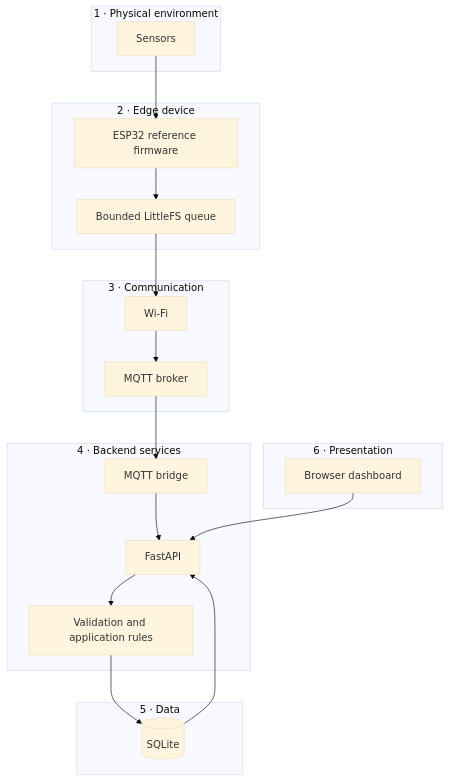
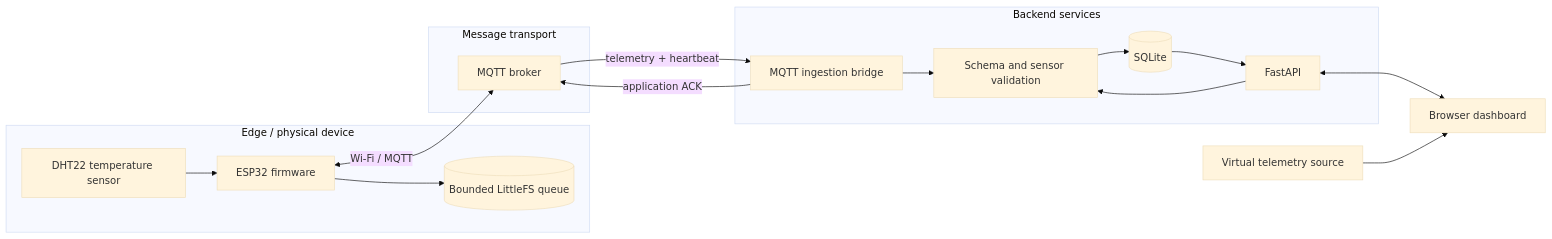
One commit to chamanvashishth/MW-SENSE changed the diagram in README.md. Above: the diagram before and after it, drawn with Mermaid (base theme). The commit also changed other lines of this file, not shown here.

````diff
--- a/README.md
+++ b/README.md
@@ -101,34 +25,31 @@
 ```mermaid
-flowchart TB
-  subgraph Field["1 · Physical environment"]
-    S["Sensors"]
-  end
-  subgraph Edge["2 · Edge device"]
-    E["ESP32 reference firmware"]
-    Q["Bounded LittleFS queue"]
-    E --> Q
-  end
-  subgraph Transport["3 · Communication"]
-    W["Wi-Fi"]
-    M["MQTT broker"]
-    W --> M
-  end
-  subgraph Services["4 · Backend services"]
-    B["MQTT bridge"]
-    A["FastAPI"]
-    V["Validation and application rules"]
-    B --> A --> V
-  end
-  subgraph Persistence["5 · Data"]
-    DB[("SQLite")]
-    V --> DB
-  end
-  subgraph Client["6 · Presentation"]
-    UI["Browser dashboard"]
-    UI --> A
-    DB --> A
-  end
-  S --> E
-  Q --> W
-  M --> B
+flowchart LR
+    subgraph Edge["Edge / physical device"]
+      Sensor["DHT22 temperature sensor"]
+      MCU["ESP32 firmware"]
+      Queue[("Bounded LittleFS queue")]
+      Sensor --> MCU --> Queue
+    end
+
+    subgraph Transport["Message transport"]
+      Broker["MQTT broker"]
+    end
+
+    subgraph Backend["Backend services"]
+      Bridge["MQTT ingestion bridge"]
+      API["FastAPI"]
+      Rules["Schema and sensor validation"]
+      DB[("SQLite")]
+      Bridge --> Rules
+      API --> Rules
+      Rules --> DB
+    end
+
+    Dashboard["Browser dashboard"]
+    MCU <-->|"Wi-Fi / MQTT"| Broker
+    Broker -->|"telemetry + heartbeat"| Bridge
+    Bridge -->|"application ACK"| Broker
+    API <--> Dashboard
+    DB --> API
+    Sim["Virtual telemetry source"] --> Dashboard
 ```
````
